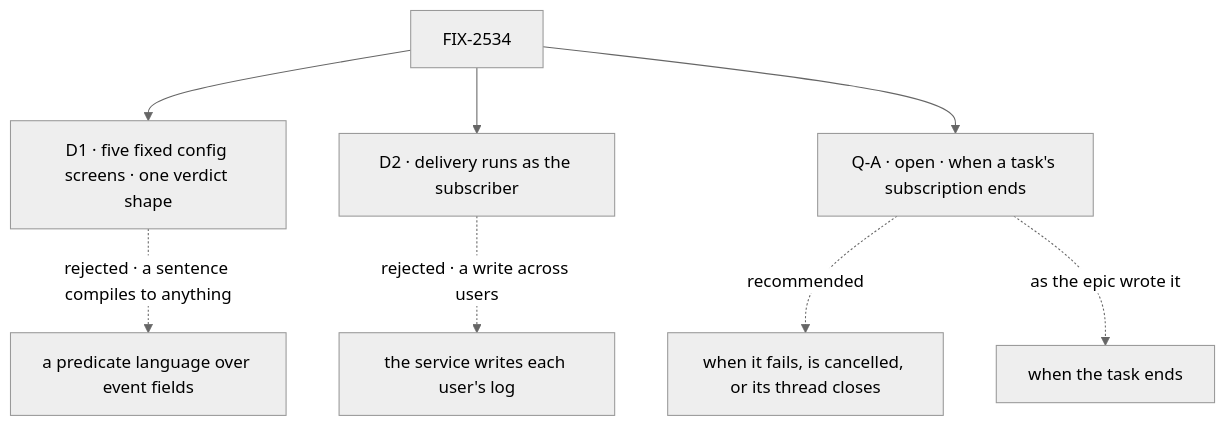
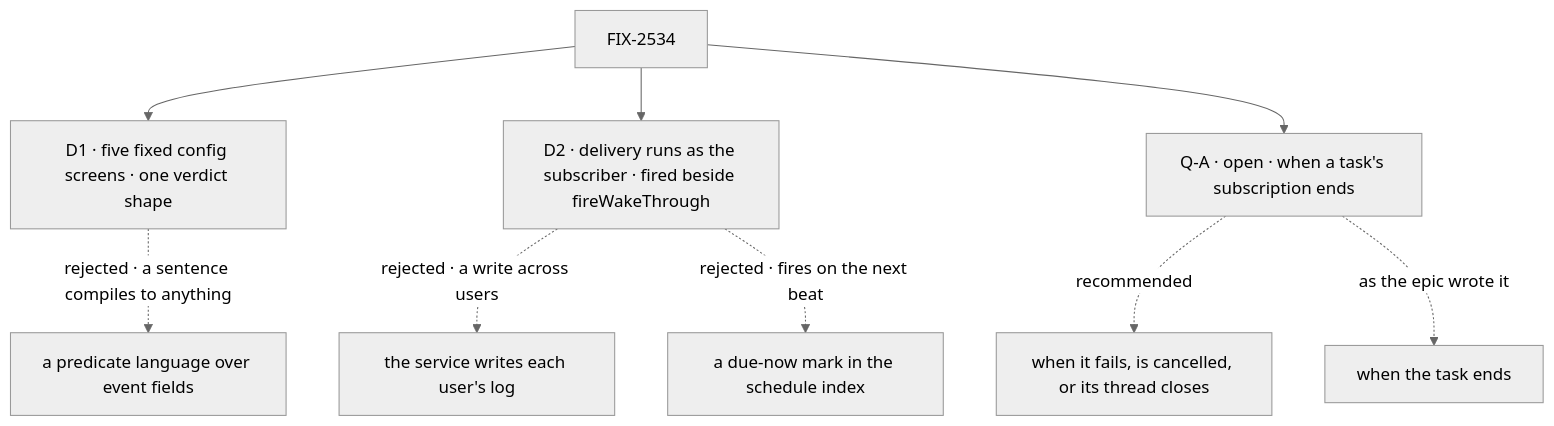
One commit to fixpoint-labs/flow-state-dev changed the diagram in specs/issues/FIX-2534/DECISIONS.md. Above: the diagram before and after it, drawn with Mermaid (neutral theme). The commit also changed other lines of this file and 4 other files, not shown here.

````diff
--- a/specs/issues/FIX-2534/DECISIONS.md
+++ b/specs/issues/FIX-2534/DECISIONS.md
@@ -10,10 +10,11 @@
 ```mermaid
 flowchart TD
   I["FIX-2534"] --> D1["D1 · five fixed config screens · one verdict shape"]
   D1 -.->|"rejected · a sentence compiles to anything"| X1["a predicate language over event fields"]
-  I --> D2["D2 · delivery runs as the subscriber"]
+  I --> D2["D2 · delivery runs as the subscriber · fired beside fireWakeThrough"]
   D2 -.->|"rejected · a write across users"| X2["the service writes each user's log"]
+  D2 -.->|"rejected · fires on the next beat"| X3["a due-now mark in the schedule index"]
   I --> QA["Q-A · open · when a task's subscription ends"]
   QA -.->|"recommended"| A1["when it fails, is cancelled, or its thread closes"]
   QA -.->|"as the epic wrote it"| A2["when the task ends"]
 ```
````
